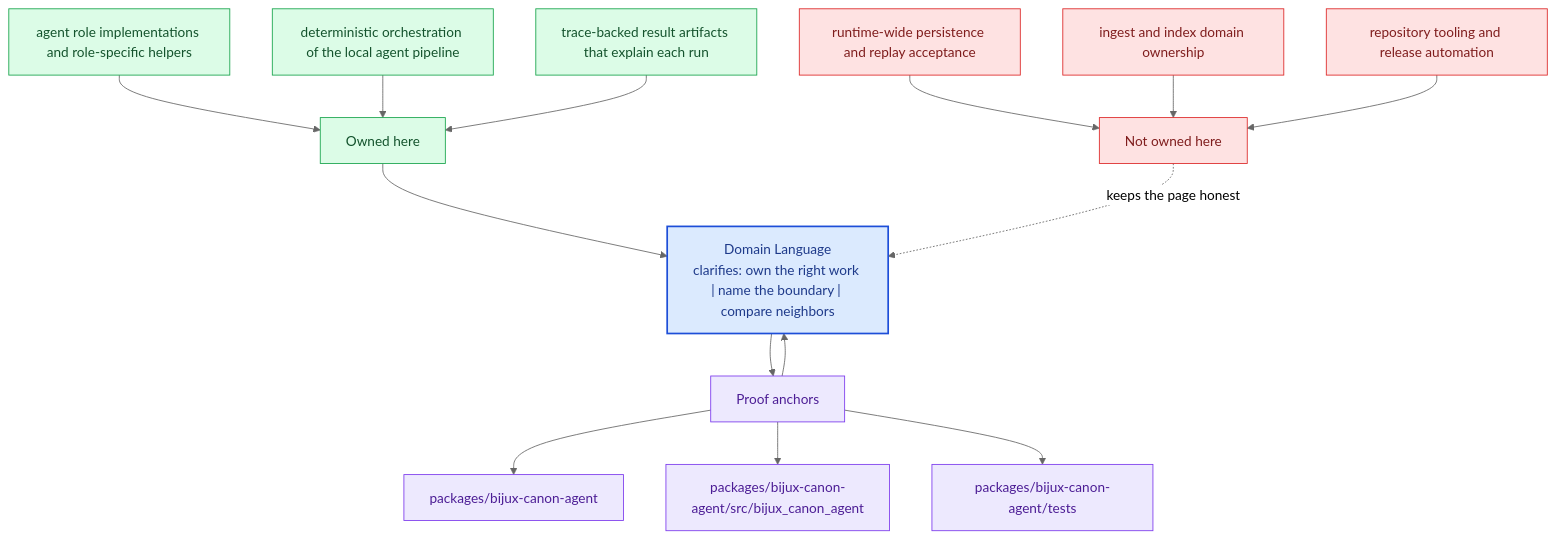
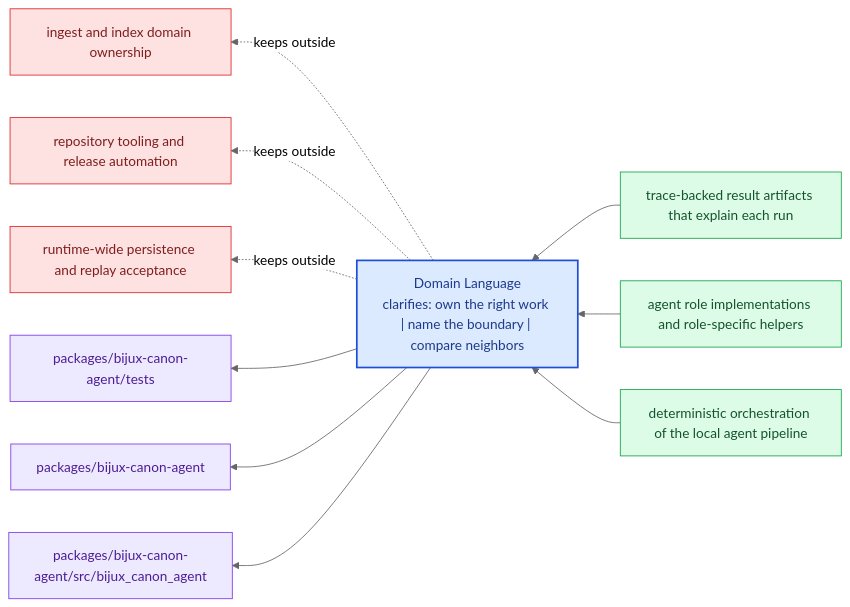
Before and after one commit to bijux/bijux-canon: the diagram in docs/bijux-canon-agent/foundation/domain-language.md, drawn with Mermaid (neutral theme). The commit also changed other lines of this file and 281 other files, not shown here.

Commit message:
docs(diagrams): replace repeated mermaid scaffolds with page-specific summaries

````diff
--- a/docs/bijux-canon-agent/foundation/domain-language.md
+++ b/docs/bijux-canon-agent/foundation/domain-language.md
@@ -68,40 +23,31 @@
 ```mermaid
-flowchart TB
-    promise["Domain Language<br/>clarifies: own the right work | name the boundary | compare neighbors"]
-    classDef promise fill:#dbeafe,stroke:#1d4ed8,color:#1e3a8a,stroke-width:2px;
-    classDef driver fill:#dcfce7,stroke:#16a34a,color:#14532d;
-    classDef constraint fill:#fee2e2,stroke:#dc2626,color:#7f1d1d;
-    classDef ground fill:#ede9fe,stroke:#7c3aed,color:#4c1d95;
-    focus1["Owned here"]
-    focus1 --> promise
-    focus1_1["agent role implementations and role-specific helpers"]
-    focus1_1 --> focus1
-    focus1_2["deterministic orchestration of the local agent pipeline"]
-    focus1_2 --> focus1
-    focus1_3["trace-backed result artifacts that explain each run"]
-    focus1_3 --> focus1
-    class focus1 driver;
-    class focus1_1,focus1_2,focus1_3 driver;
-    focus2["Not owned here"]
-    focus2 -.keeps the page honest.-> promise
-    focus2_1["runtime-wide persistence and replay acceptance"]
-    focus2_1 --> focus2
-    focus2_2["ingest and index domain ownership"]
-    focus2_2 --> focus2
-    focus2_3["repository tooling and release automation"]
-    focus2_3 --> focus2
-    class focus2 constraint;
-    class focus2_1,focus2_2,focus2_3 constraint;
-    focus3["Proof anchors"]
-    focus3 --> promise
-    promise --> focus3
-    focus3_1["packages/bijux-canon-agent"]
-    focus3 --> focus3_1
-    focus3_2["packages/bijux-canon-agent/src/bijux_canon_agent"]
-    focus3 --> focus3_2
-    focus3_3["packages/bijux-canon-agent/tests"]
-    focus3 --> focus3_3
-    class focus3 ground;
-    class focus3_1,focus3_2,focus3_3 ground;
-    class promise promise;
+flowchart RL
+    page["Domain Language<br/>clarifies: own the right work | name the boundary | compare neighbors"]
+    classDef page fill:#dbeafe,stroke:#1d4ed8,color:#1e3a8a,stroke-width:2px;
+    classDef positive fill:#dcfce7,stroke:#16a34a,color:#14532d;
+    classDef caution fill:#fee2e2,stroke:#dc2626,color:#7f1d1d;
+    classDef anchor fill:#ede9fe,stroke:#7c3aed,color:#4c1d95;
+    classDef action fill:#fef3c7,stroke:#d97706,color:#7c2d12;
+    own1["trace-backed result artifacts that explain each run"]
+    own1 --> page
+    own2["agent role implementations and role-specific helpers"]
+    own2 --> page
+    own3["deterministic orchestration of the local agent pipeline"]
+    own3 --> page
+    limit1["ingest and index domain ownership"]
+    page -.keeps outside.-> limit1
+    limit2["repository tooling and release automation"]
+    page -.keeps outside.-> limit2
+    limit3["runtime-wide persistence and replay acceptance"]
+    page -.keeps outside.-> limit3
+    anchor1["packages/bijux-canon-agent/tests"]
+    page --> anchor1
+    anchor2["packages/bijux-canon-agent"]
+    page --> anchor2
+    anchor3["packages/bijux-canon-agent/src/bijux_canon_agent"]
+    page --> anchor3
+    class page page;
+    class own1,own2,own3 positive;
+    class limit1,limit2,limit3 caution;
+    class anchor1,anchor2,anchor3 anchor;
 ```
````
